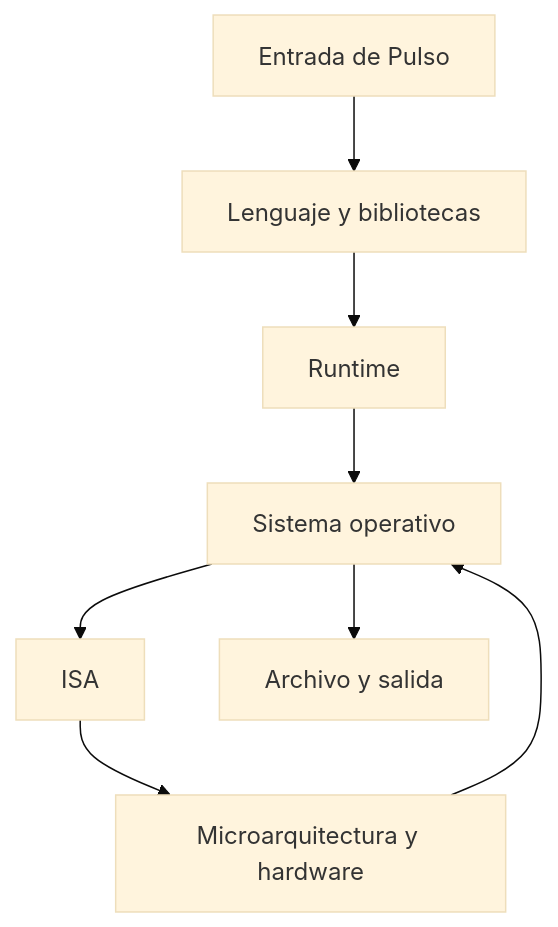
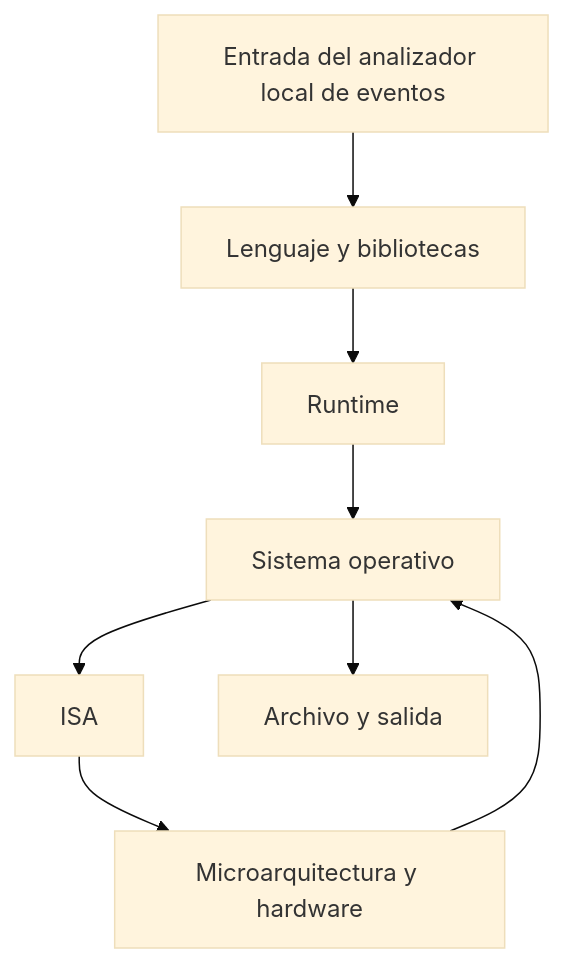
Before and after one commit to vladimiracunadev-create/modern-software-engineering-program: the diagram in content/part-01/SE-013.md, drawn with Mermaid (base theme). The commit also changed other lines of this file and 14 other files, not shown here.

````diff
--- a/content/part-01/SE-013.md
+++ b/content/part-01/SE-013.md
@@ -64,10 +64,10 @@
 ```mermaid
 flowchart TD
- U[Entrada de Pulso] --> L[Lenguaje y bibliotecas]
+ U[Entrada del analizador local de eventos] --> L[Lenguaje y bibliotecas]
  L --> R[Runtime]
  R --> O[Sistema operativo]
  O --> A[ISA]
  A --> H[Microarquitectura y hardware]
  H --> O
  O --> U2[Archivo y salida]
 ```
````
